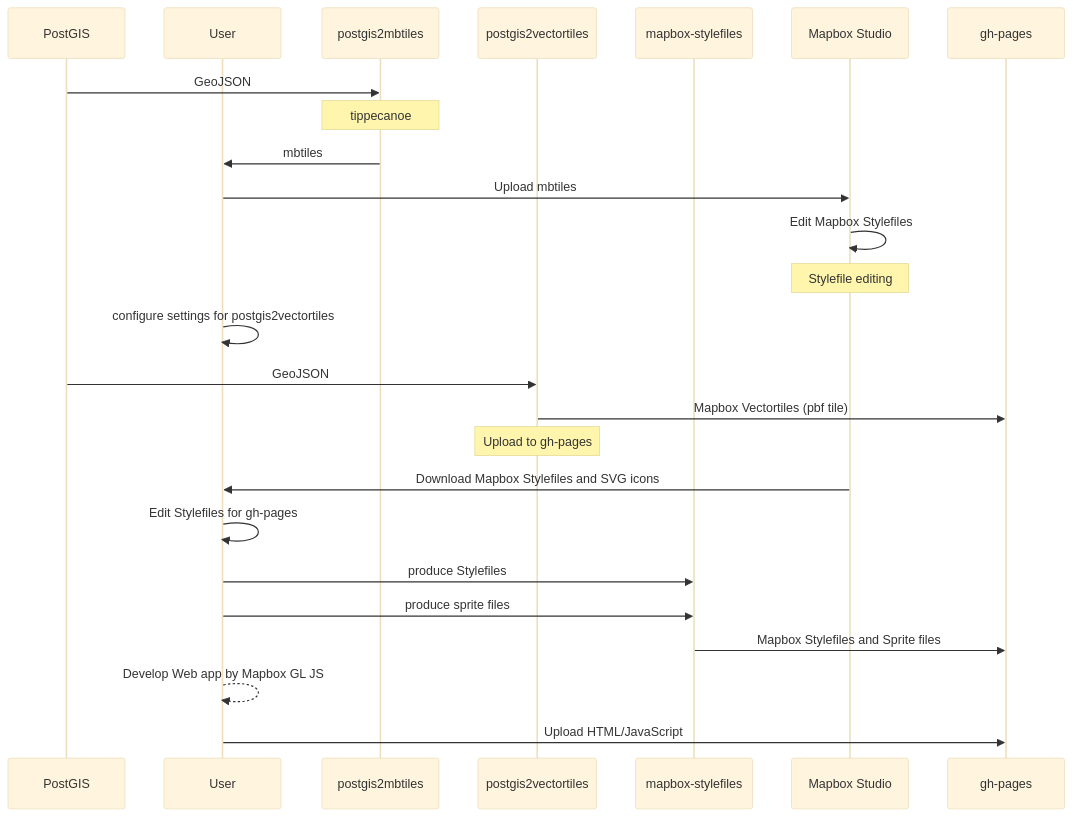
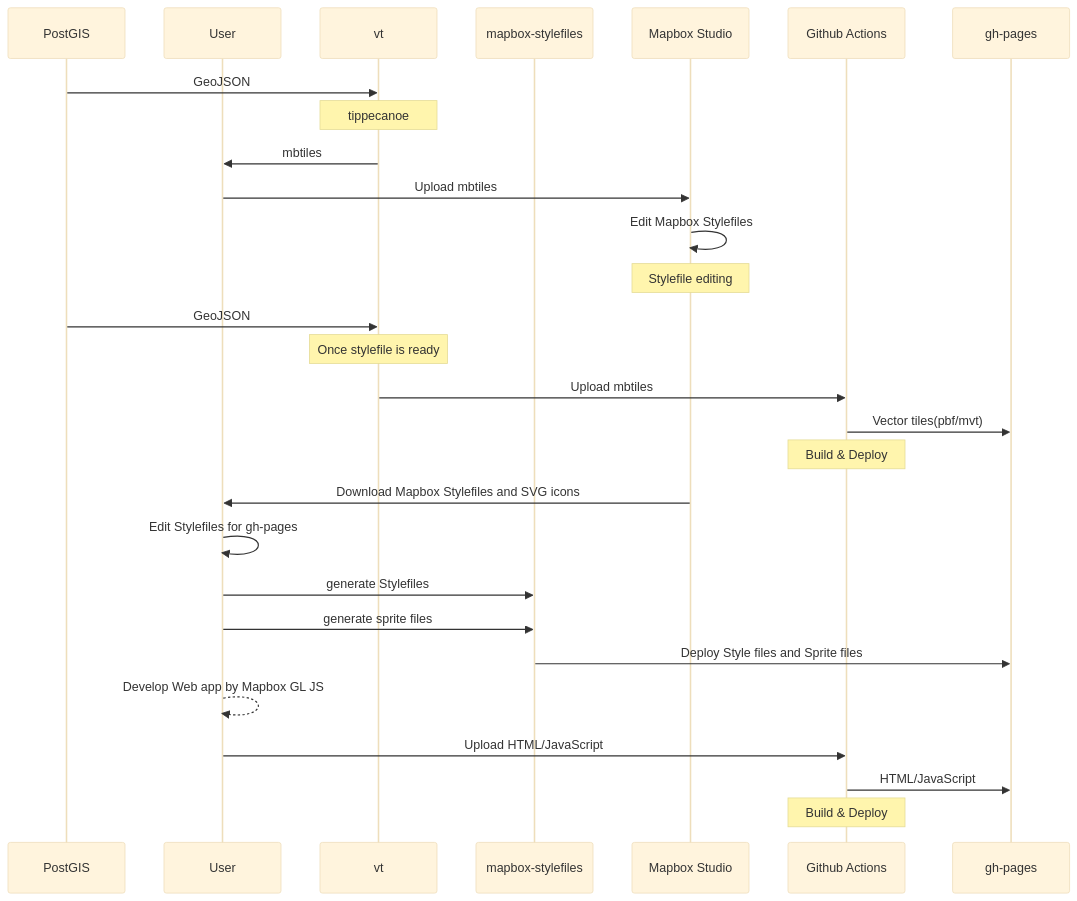
Before and after one commit to watergis/docs: the diagram in content/setups/installation/_index.en.md, drawn with Mermaid (base theme). The commit also changed 8 other files, not shown here.

```diff
--- a/content/setups/installation/_index.en.md
+++ b/content/setups/installation/_index.en.md
@@ -15,32 +15,35 @@
 {{<mermaid align="center">}}
 sequenceDiagram
     participant db as PostGIS
-    participant x as User
-    participant a as postgis2mbtiles
-    participant b as postgis2vectortiles
-    participant d as mapbox-stylefiles
-    participant y as Mapbox Studio
-    participant z as gh-pages
+    participant user as User
+    participant vt as vt
+    participant style as mapbox-stylefiles
+    participant mapbox as Mapbox Studio
+    participant action as Github Actions
+    participant ghpages as gh-pages
 
-    db->>a: GeoJSON
-    Note over a: tippecanoe
-    a->>x: mbtiles
+    db->>vt: GeoJSON
+    Note over vt: tippecanoe
+    vt->>user: mbtiles
     
-    x->>y: Upload mbtiles
-    y->>y: Edit Mapbox Stylefiles
-    Note over y: Stylefile editing
+    user->>mapbox: Upload mbtiles
+    mapbox->>mapbox: Edit Mapbox Stylefiles
+    Note over mapbox: Stylefile editing
 
-    x->>x: configure settings for postgis2vectortiles
-    db->>b: GeoJSON
-    b->>z: Mapbox Vectortiles (pbf tile) 
-    Note over b: Upload to gh-pages
+    db->>vt: GeoJSON
+    Note over vt: Once stylefile is ready
+    vt->>action: Upload mbtiles
+    action->>ghpages: Vector tiles(pbf/mvt) 
+    Note over action: Build & Deploy
 
-    y->>x: Download Mapbox Stylefiles and SVG icons
-    x->>x: Edit Stylefiles for gh-pages
-    x->>d: produce Stylefiles
-    x->>d: produce sprite files
-    d->>z: Mapbox Stylefiles and Sprite files
+    mapbox->>user: Download Mapbox Stylefiles and SVG icons
+    user->>user: Edit Stylefiles for gh-pages
+    user->>style: generate Stylefiles
+    user->>style: generate sprite files
+    style->>ghpages: Deploy Style files and Sprite files
 
-    x-->>x: Develop Web app by Mapbox GL JS
-    x->>z: Upload HTML/JavaScript
+    user-->>user: Develop Web app by Mapbox GL JS
+    user->>action: Upload HTML/JavaScript
+    action->>ghpages: HTML/JavaScript
+    Note over action: Build & Deploy
 {{< /mermaid >}}
```
